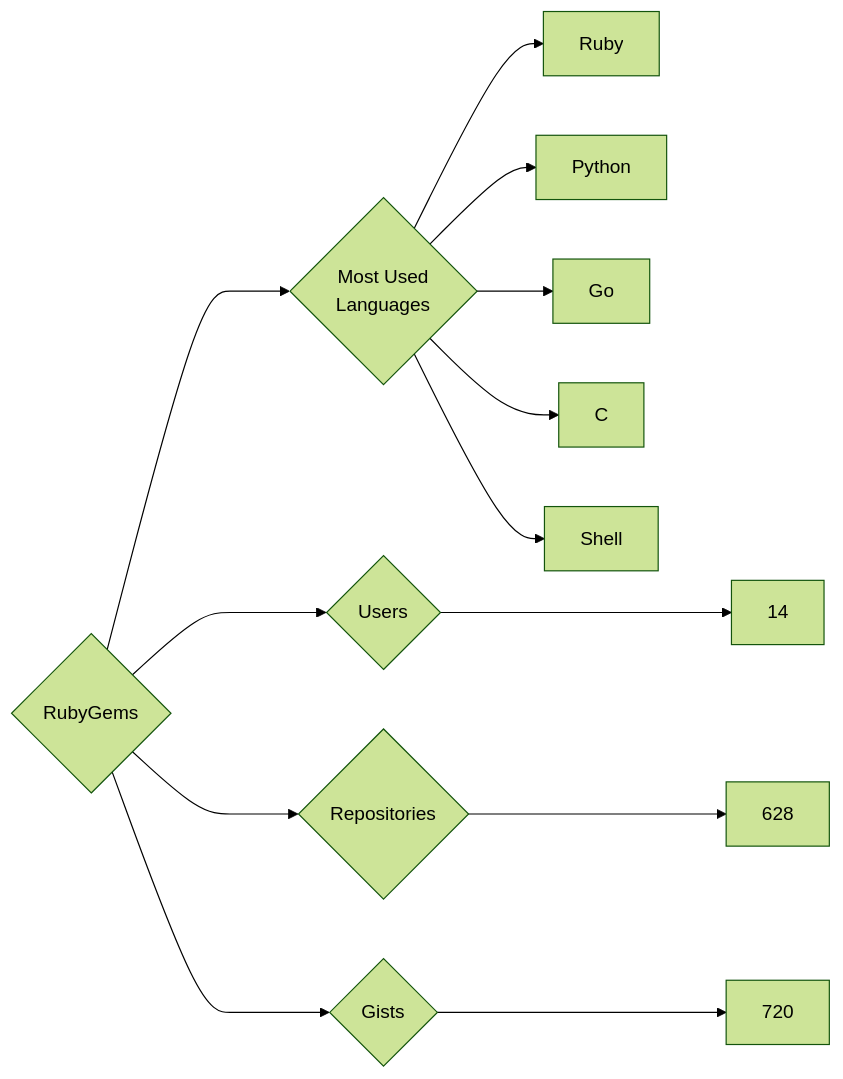
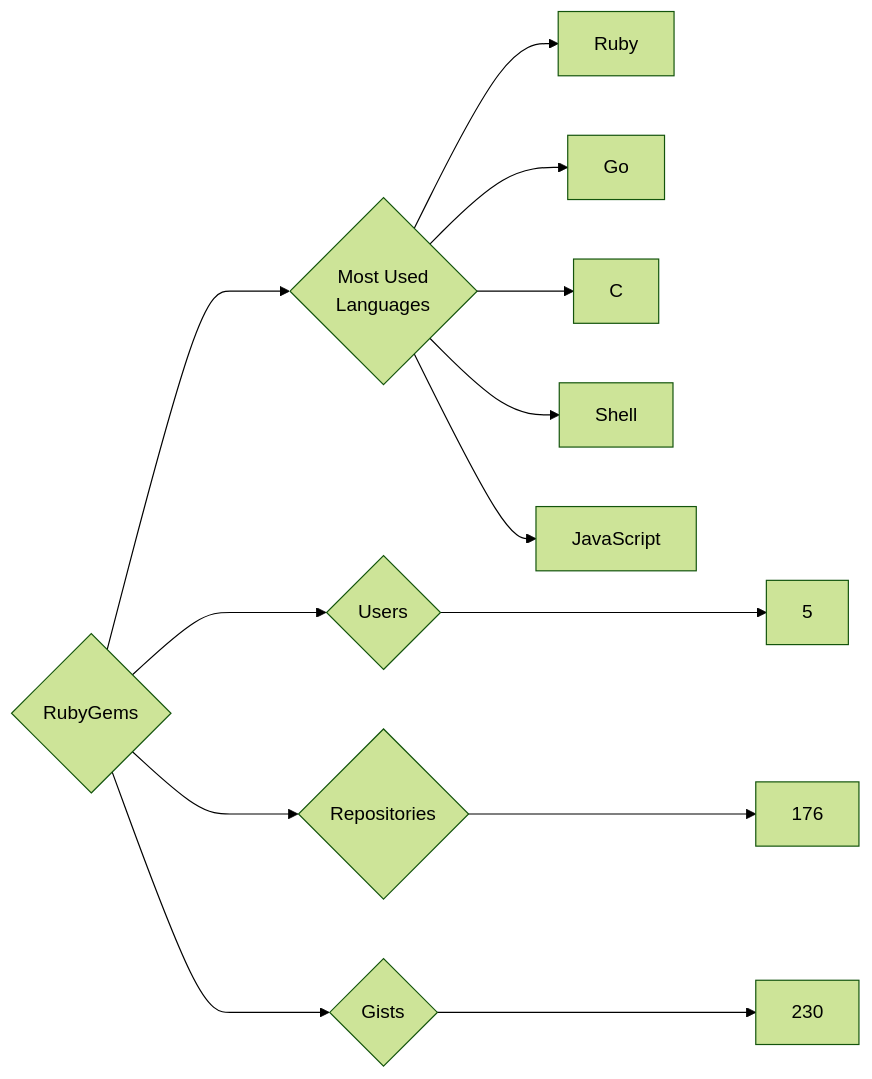
The diagram in targets/RubyGems/README.md (trickest/insiders), drawn with Mermaid (forest theme) before and after one commit. The commit also changed 955 other files, not shown here.

````diff
--- a/targets/RubyGems/README.md
+++ b/targets/RubyGems/README.md
@@ -3,13 +3,13 @@
 ```mermaid
 graph LR
 COMPANY_NAME{RubyGems}
-COMPANY_NAME ---> U{Users} ---> UN[14]
-COMPANY_NAME ---> R{Repositories} ---> RN[628]
-COMPANY_NAME ---> G{Gists} ---> GN[720]
+COMPANY_NAME ---> U{Users} ---> UN[5]
+COMPANY_NAME ---> R{Repositories} ---> RN[176]
+COMPANY_NAME ---> G{Gists} ---> GN[230]
 COMPANY_NAME ---> ML{Most Used<br>Languages}
 ML --> Ruby[Ruby]
-ML --> Python[Python]
 ML --> Go[Go]
 ML --> C[C]
 ML --> Shell[Shell]
+ML --> JavaScript[JavaScript]
 ```
````
